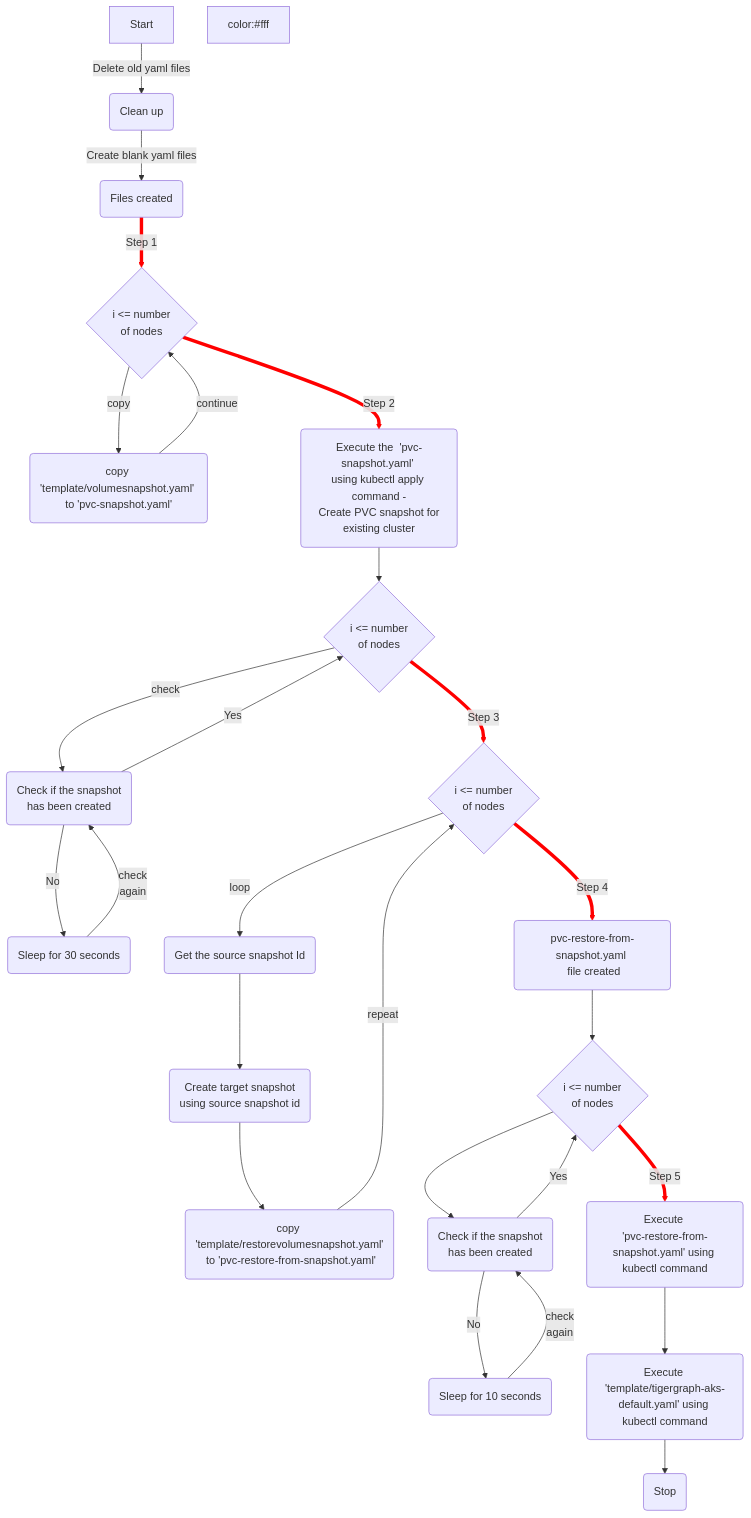
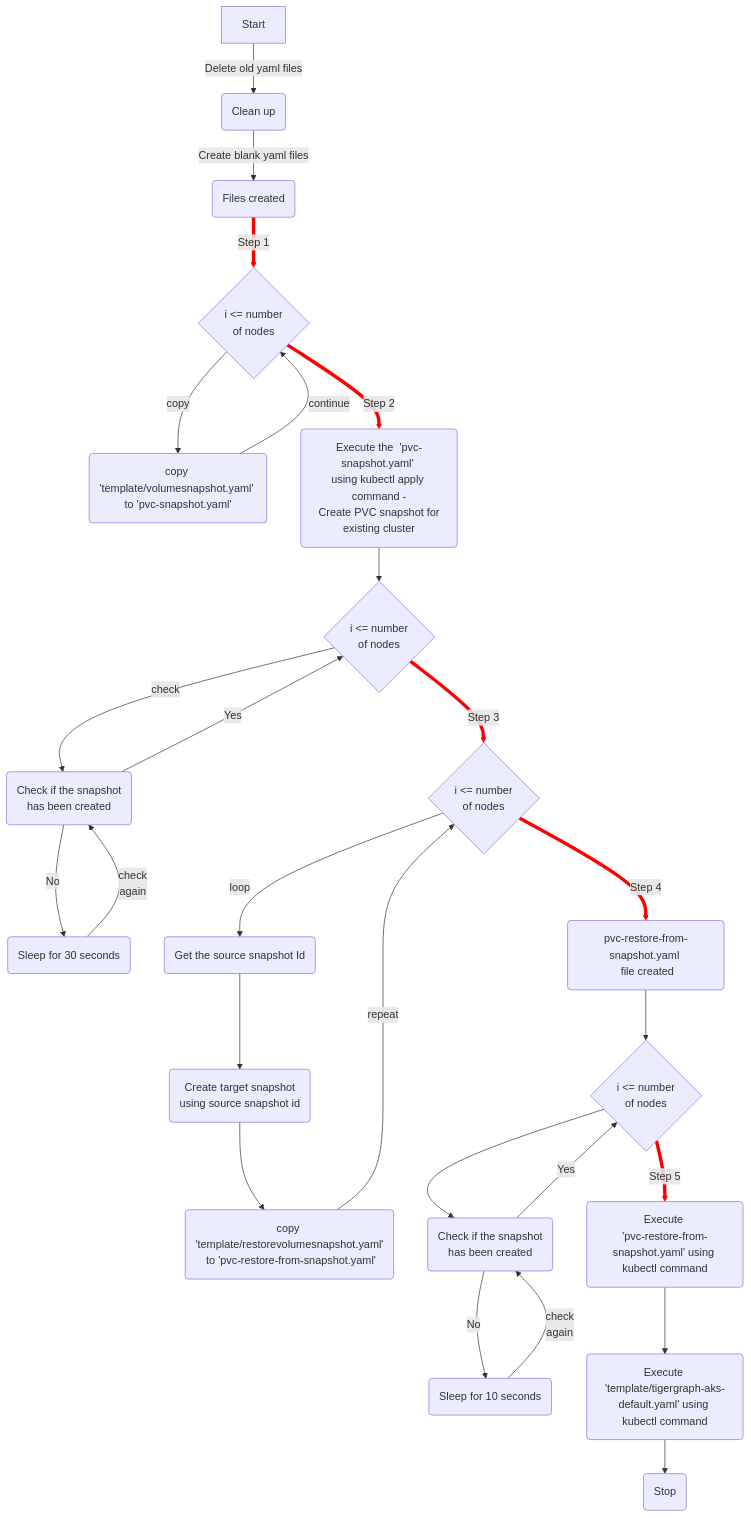
One commit to faizc/containerization changed the diagram in TigerGraph-CloneCluster/README.md. Above: the diagram before and after it, drawn with Mermaid. The commit also changed other lines of this file, not shown here.

Commit message:
updated the readme file

````diff
--- a/TigerGraph-CloneCluster/README.md
+++ b/TigerGraph-CloneCluster/README.md
@@ -26,19 +26,19 @@
 ```mermaid
 graph TD
 A[Start] -- Delete old yaml files --> B(Clean up)
 B -- Create blank yaml files --> C(Files created)
 C -- Step 1 --> D{i <= number<br/> of nodes} -- copy --> E(copy 'template/volumesnapshot.yaml' <br/>to 'pvc-snapshot.yaml') -- continue --> D
 D -- Step 2 --> F(Execute the  'pvc-snapshot.yaml' <br/>using kubectl apply command -<br/> Create PVC snapshot for existing cluster)
 F  --> G{i <= number<br/> of nodes} -- check--> H(Check if the snapshot<br/> has been created) -- No --> I(Sleep for 30 seconds) -- check <br/>again--> H
 H -- Yes --> G
 G -- Step 3 --> J{i <= number<br/> of nodes} 
 J -- loop --> K(Get the source snapshot Id) --> L(Create target snapshot<br/> using source snapshot id) --> M(copy 'template/restorevolumesnapshot.yaml'<br/> to 'pvc-restore-from-snapshot.yaml') -- repeat --> J
 J -- Step 4--> O(pvc-restore-from-snapshot.yaml <br/> file created) -->P{i <= number<br/> of nodes} --> Q(Check if the snapshot<br/> has been created) -- No --> R(Sleep for 10 seconds) -- check <br/>again--> Q
 Q -- Yes --> P
 P -- Step 5--> T(Execute <br/>'pvc-restore-from-snapshot.yaml' using <br/>kubectl command)   --> U(Execute <br/>'template/tigergraph-aks-default.yaml' using <br/>kubectl command) --> V(Stop)
-linkStyle 2 stroke-width:5px,fill:red,stroke:red;color:#fff
-linkStyle 5 stroke-width:5px,stroke:red;color:#fff
-linkStyle 11 stroke-width:5px,stroke:red;color:#fff
-linkStyle 16 stroke-width:5px,stroke:red;color:#fff
-linkStyle 22 stroke-width:5px,stroke:red;color:#fff
+linkStyle 2 stroke-width:5px,fill:red,stroke:red;
+linkStyle 5 stroke-width:5px,stroke:red;
+linkStyle 11 stroke-width:5px,stroke:red;
+linkStyle 16 stroke-width:5px,stroke:red;
+linkStyle 22 stroke-width:5px,stroke:red;
 ```
````
